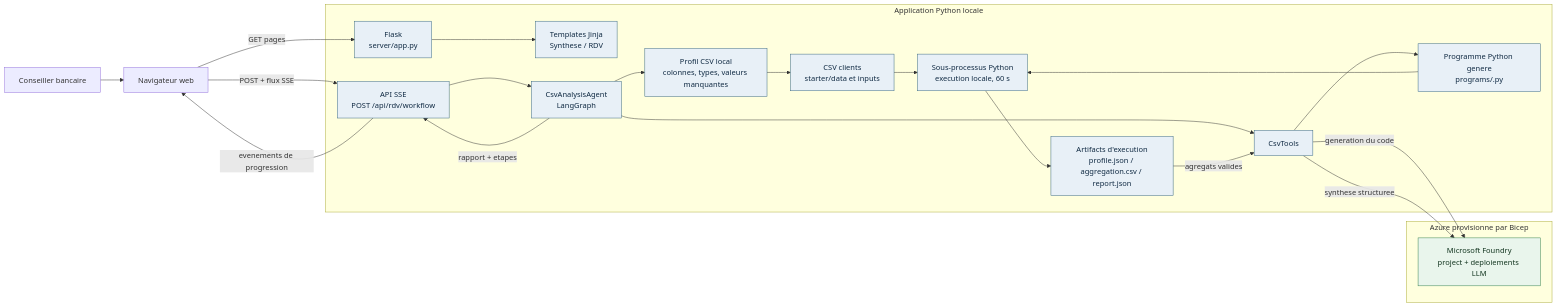
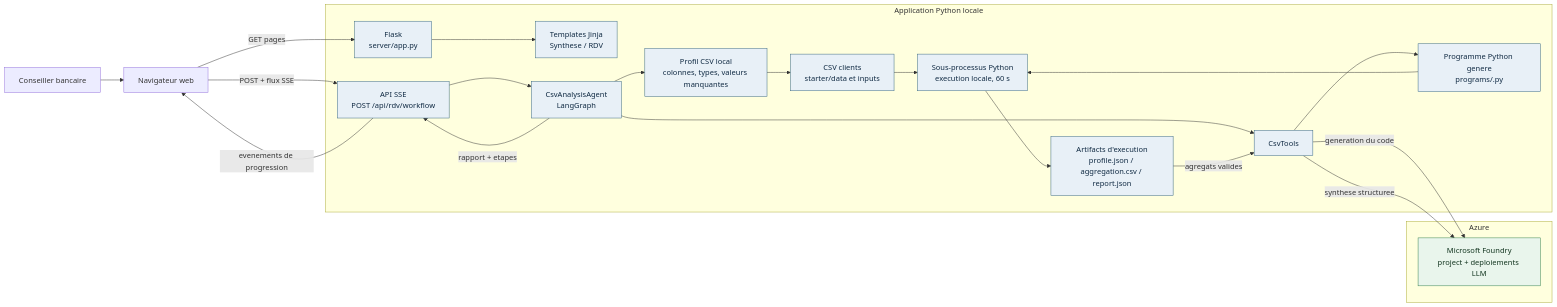
One commit to TGuillouetSG/hackathon-rbs2026 changed the second of 2 diagrams in docs/architecture.md. Above: the diagram before and after it, drawn with Mermaid.

Commit message:
rename the azure subgraph

````diff
--- a/docs/architecture.md
+++ b/docs/architecture.md
@@ -27,46 +27,46 @@
 ```mermaid
 flowchart LR
     user["Conseiller bancaire"]
     browser["Navigateur web"]
 
     subgraph app["Application Python locale"]
         flask["Flask\nserver/app.py"]
         pages["Templates Jinja\nSynthese / RDV"]
         sse["API SSE\nPOST /api/rdv/workflow"]
         agent["CsvAnalysisAgent\nLangGraph"]
         profile["Profil CSV local\ncolonnes, types, valeurs manquantes"]
         tools["CsvTools"]
         generated["Programme Python genere\nprograms/<code_id>.py"]
         subprocess["Sous-processus Python\nexecution locale, 60 s"]
         artifacts["Artifacts d'execution\nprofile.json / aggregation.csv / report.json"]
         data["CSV clients\nstarter/data et inputs"]
     end
 
-    subgraph azure["Azure provisionne par Bicep"]
+    subgraph azure["Azure"]
         foundry["Microsoft Foundry\nproject + deploiements LLM"]
     end
 
     user --> browser
     browser -->|GET pages| flask
     flask --> pages
     browser -->|POST + flux SSE| sse
     sse --> agent
     agent --> profile
     profile --> data
     agent --> tools
     tools -->|generation du code| foundry
     tools --> generated
     generated --> subprocess
     data --> subprocess
     subprocess --> artifacts
     artifacts -->|agregats valides| tools
     tools -->|synthese structuree| foundry
     agent -->|rapport + etapes| sse
     sse -->|evenements de progression| browser
 
     classDef local fill:#e8f0f7,stroke:#31627d,color:#102a43
     classDef azure fill:#e9f5ec,stroke:#2f7d4a,color:#12351f
     classDef planned fill:#f4f1e8,stroke:#8a6d3b,color:#4a391d,stroke-dasharray: 5 5
     class flask,pages,sse,agent,profile,tools,generated,subprocess,artifacts,data local
     class foundry,blob,cosmos,search azure
 ```
````
